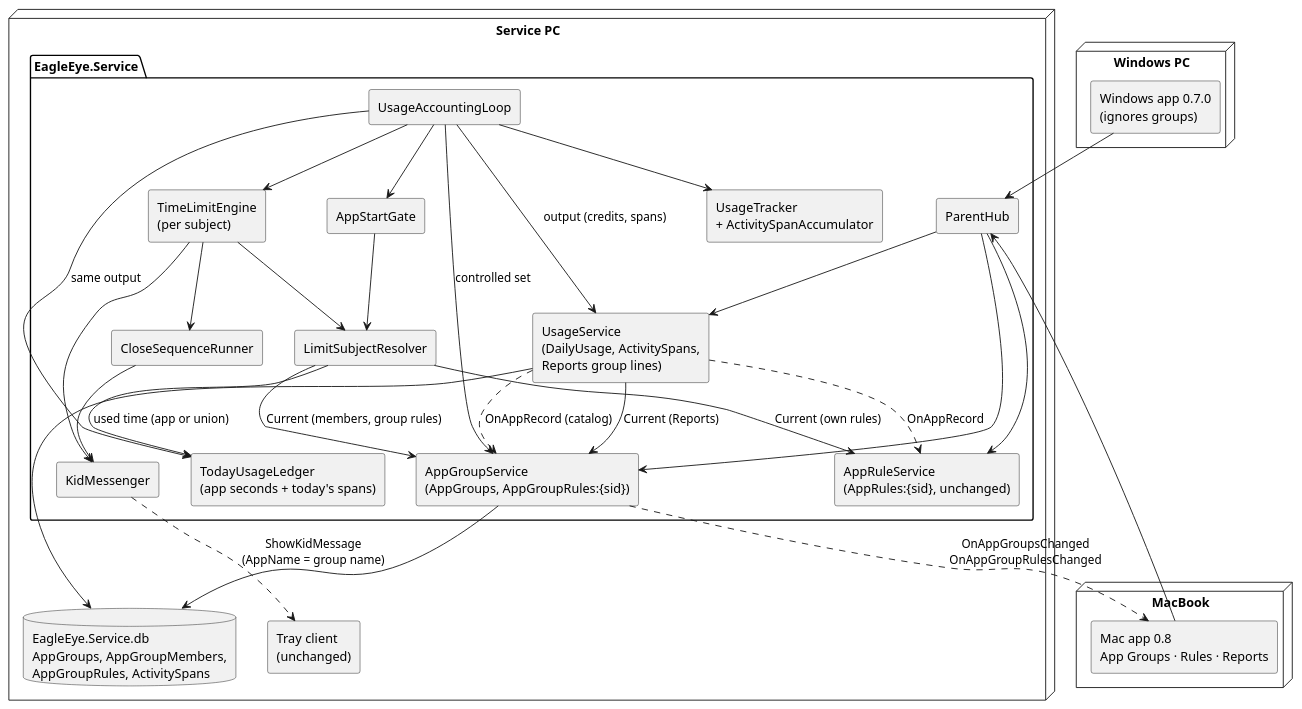
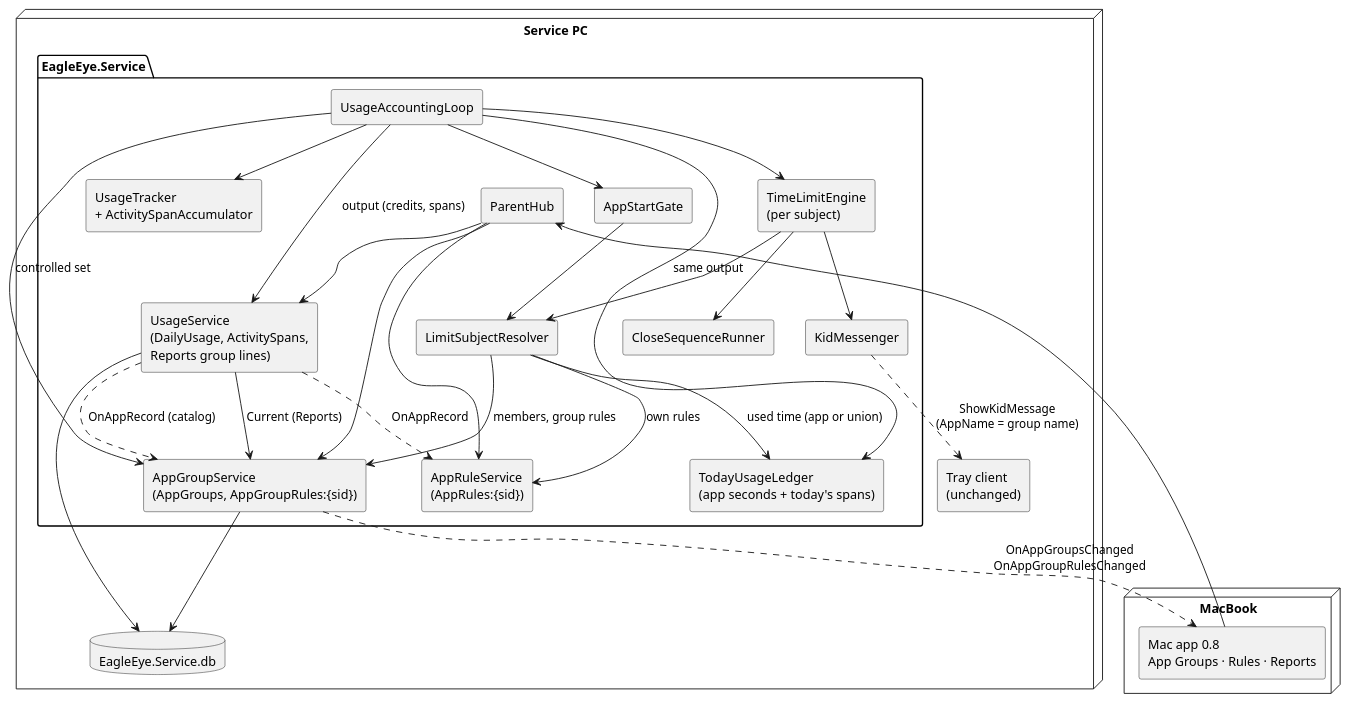
The first of 2 diagrams in 02_Implementation/docs/requirements/user-stories/US-008/implementation-plan.md (adlemich/EagleEye), drawn with PlantUML before and after one commit. The commit also changed other lines of this file and 1 other file, not shown here.

````diff
--- a/02_Implementation/docs/requirements/user-stories/US-008/implementation-plan.md
+++ b/02_Implementation/docs/requirements/user-stories/US-008/implementation-plan.md
@@ -207,55 +173,50 @@
 ```plantuml
 @startuml US-008 Overview
 skinparam componentStyle rectangle
 node "Service PC" {
   package "EagleEye.Service" {
     component "ParentHub" as PH
     component "AppGroupService\n(AppGroups, AppGroupRules:{sid})" as AGS
-    component "AppRuleService\n(AppRules:{sid}, unchanged)" as ARS
+    component "AppRuleService\n(AppRules:{sid})" as ARS
     component "UsageAccountingLoop" as LOOP
     component "UsageTracker\n+ ActivitySpanAccumulator" as TRK
     component "UsageService\n(DailyUsage, ActivitySpans,\nReports group lines)" as US
     component "TodayUsageLedger\n(app seconds + today's spans)" as LED
     component "LimitSubjectResolver" as RES
     component "AppStartGate" as GATE
     component "TimeLimitEngine\n(per subject)" as ENG
     component "CloseSequenceRunner" as RUN
     component "KidMessenger" as KM
   }
-  database "EagleEye.Service.db\nAppGroups, AppGroupMembers,\nAppGroupRules, ActivitySpans" as DB
+  database "EagleEye.Service.db" as DB
   component "Tray client\n(unchanged)" as TRAY
 }
 node "MacBook" {
   component "Mac app 0.8\nApp Groups · Rules · Reports" as MAC
 }
-node "Windows PC" {
-  component "Windows app 0.7.0\n(ignores groups)" as WIN
-}
 MAC --> PH
-WIN --> PH
 PH --> AGS
 PH --> ARS
 PH --> US
 AGS ..> MAC : OnAppGroupsChanged\nOnAppGroupRulesChanged
 US ..> AGS : OnAppRecord (catalog)
 US ..> ARS : OnAppRecord
 LOOP --> TRK
 LOOP --> US : output (credits, spans)
 LOOP --> LED : same output
 LOOP --> AGS : controlled set
 LOOP --> GATE
 LOOP --> ENG
 GATE --> RES
 ENG --> RES
-RES --> AGS : Current (members, group rules)
-RES --> ARS : Current (own rules)
+RES --> AGS : members, group rules
+RES --> ARS : own rules
 RES --> LED : used time (app or union)
 US --> AGS : Current (Reports)
 ENG --> KM
 ENG --> RUN
-RUN --> KM
 KM ..> TRAY : ShowKidMessage\n(AppName = group name)
 AGS --> DB
 US --> DB
 @enduml
 ```
````
